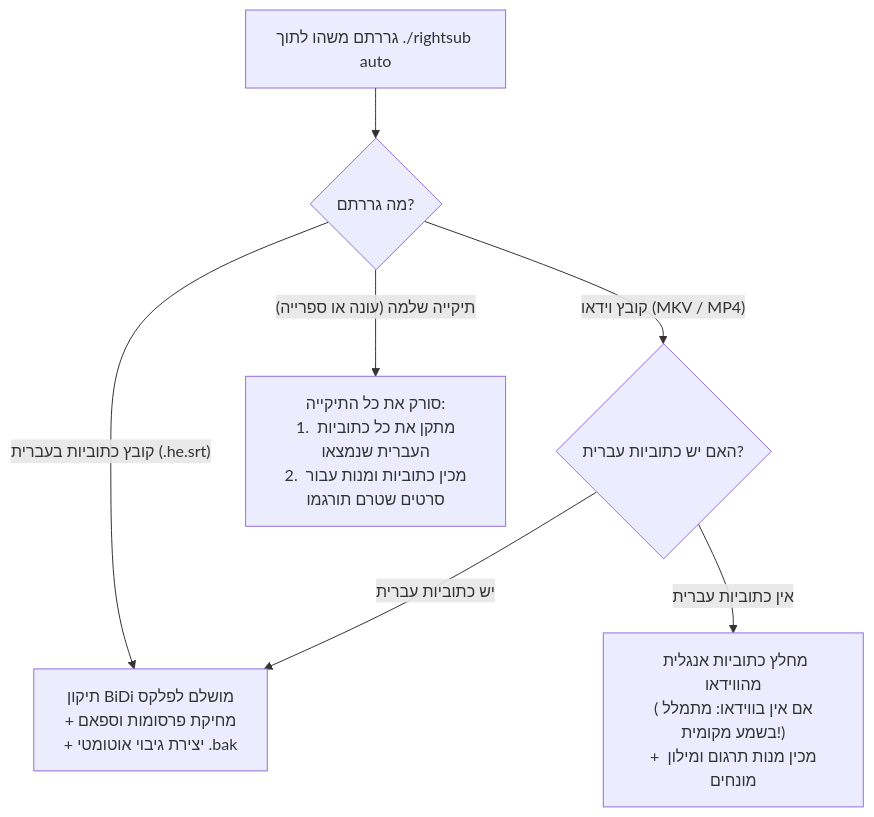
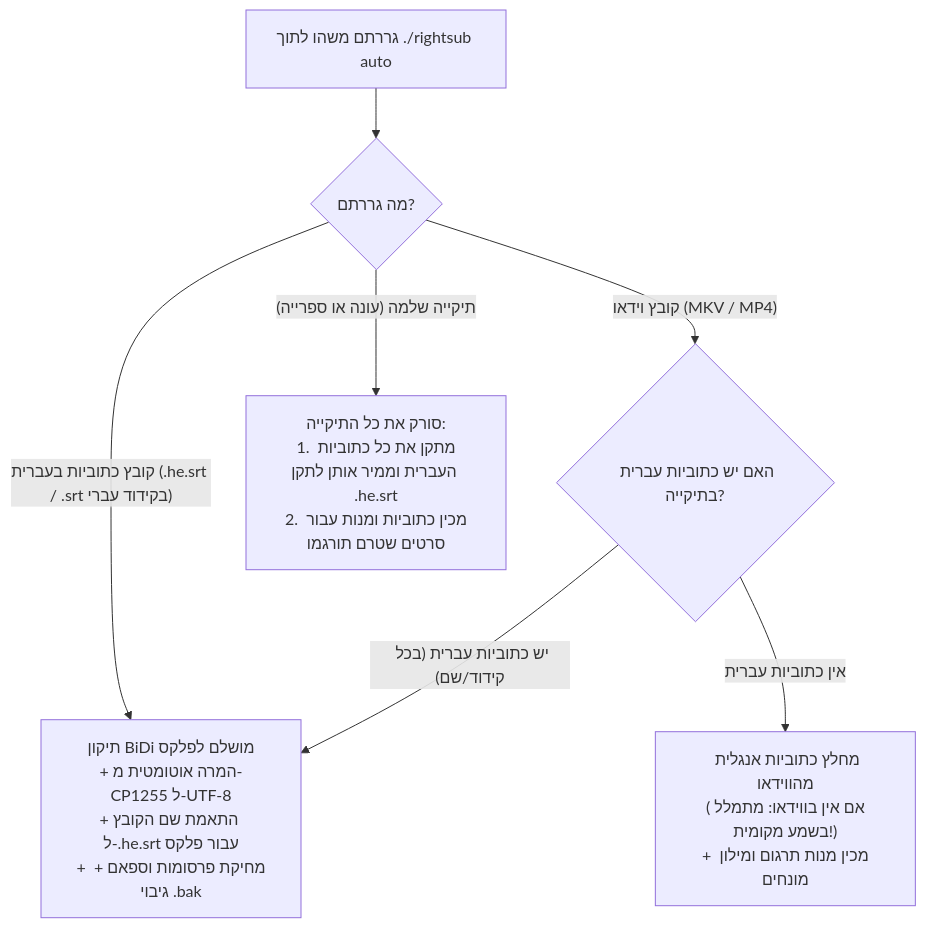
The diagram in docs/QUICKSTART_FOR_BEGINNERS.he.md (omerninyo/RightSub), drawn with Mermaid before and after one commit. The commit also changed other lines of this file and 4 other files, not shown here.

````diff
--- a/docs/QUICKSTART_FOR_BEGINNERS.he.md
+++ b/docs/QUICKSTART_FOR_BEGINNERS.he.md
@@ -34,12 +34,12 @@
 ```mermaid
 graph TD
     Start["גררתם משהו לתוך ./rightsub auto"] --> Check{"מה גררתם?"}
     
-    Check -- "קובץ כתוביות בעברית (.he.srt)" --> Action1["תיקון BiDi מושלם לפלקס<br/>+ מחיקת פרסומות וספאם<br/>+ יצירת גיבוי אוטומטי .bak"]
+    Check -- "קובץ כתוביות בעברית (.he.srt / .srt בקידוד עברי)" --> Action1["תיקון BiDi מושלם לפלקס<br/>+ המרה אוטומטית מ-CP1255 ל-UTF-8<br/>+ התאמת שם הקובץ ל-.he.srt עבור פלקס<br/>+ מחיקת פרסומות וספאם + גיבוי .bak"]
     
-    Check -- "קובץ וידאו (MKV / MP4)" --> VideoCheck{"האם יש כתוביות עברית?"}
-    VideoCheck -- "יש כתוביות עברית" --> Action1
+    Check -- "קובץ וידאו (MKV / MP4)" --> VideoCheck{"האם יש כתוביות עברית בתיקייה?"}
+    VideoCheck -- "יש כתוביות עברית (בכל קידוד/שם)" --> Action1
     VideoCheck -- "אין כתוביות עברית" --> Action2["מחלץ כתוביות אנגלית מהווידאו<br/>(אם אין בווידאו: מתמלל בשמע מקומית!)<br/>+ מכין מנות תרגום ומילון מונחים"]
     
-    Check -- "תיקייה שלמה (עונה או ספרייה)" --> Action3["סורק את כל התיקייה:<br/>1. מתקן את כל כתוביות העברית שנמצאו<br/>2. מכין כתוביות ומנות עבור סרטים שטרם תורגמו"]
+    Check -- "תיקייה שלמה (עונה או ספרייה)" --> Action3["סורק את כל התיקייה:<br/>1. מתקן את כל כתוביות העברית וממיר אותן לתקן .he.srt<br/>2. מכין כתוביות ומנות עבור סרטים שטרם תורגמו"]
 ```
````
